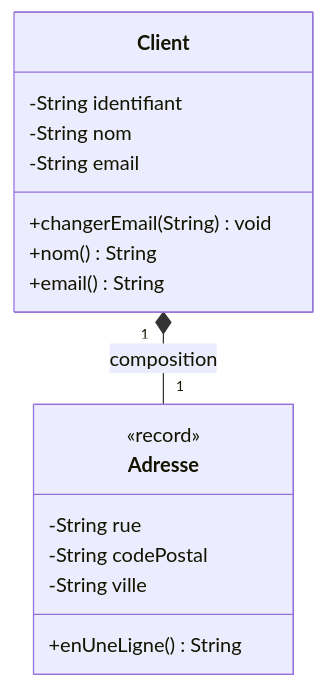
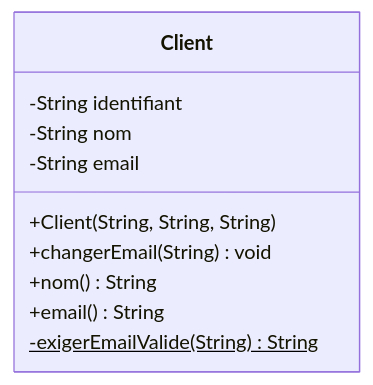
One commit to ggaillard/cours-devops changed the first of 2 diagrams in docs/api-java/modeliser-poo.md. Above: the diagram before and after it, drawn with Mermaid. The commit also changed other lines of this file and 14 other files, not shown here.

````diff
--- a/docs/api-java/modeliser-poo.md
+++ b/docs/api-java/modeliser-poo.md
@@ -22,19 +26,13 @@
 ```mermaid
 classDiagram
     class Client {
         -String identifiant
         -String nom
         -String email
+        +Client(String, String, String)
         +changerEmail(String) void
         +nom() String
         +email() String
+        -exigerEmailValide(String)$ String
     }
-    class Adresse {
-        <<record>>
-        -String rue
-        -String codePostal
-        -String ville
-        +enUneLigne() String
-    }
-    Client "1" *-- "1" Adresse : composition
 ```
````
